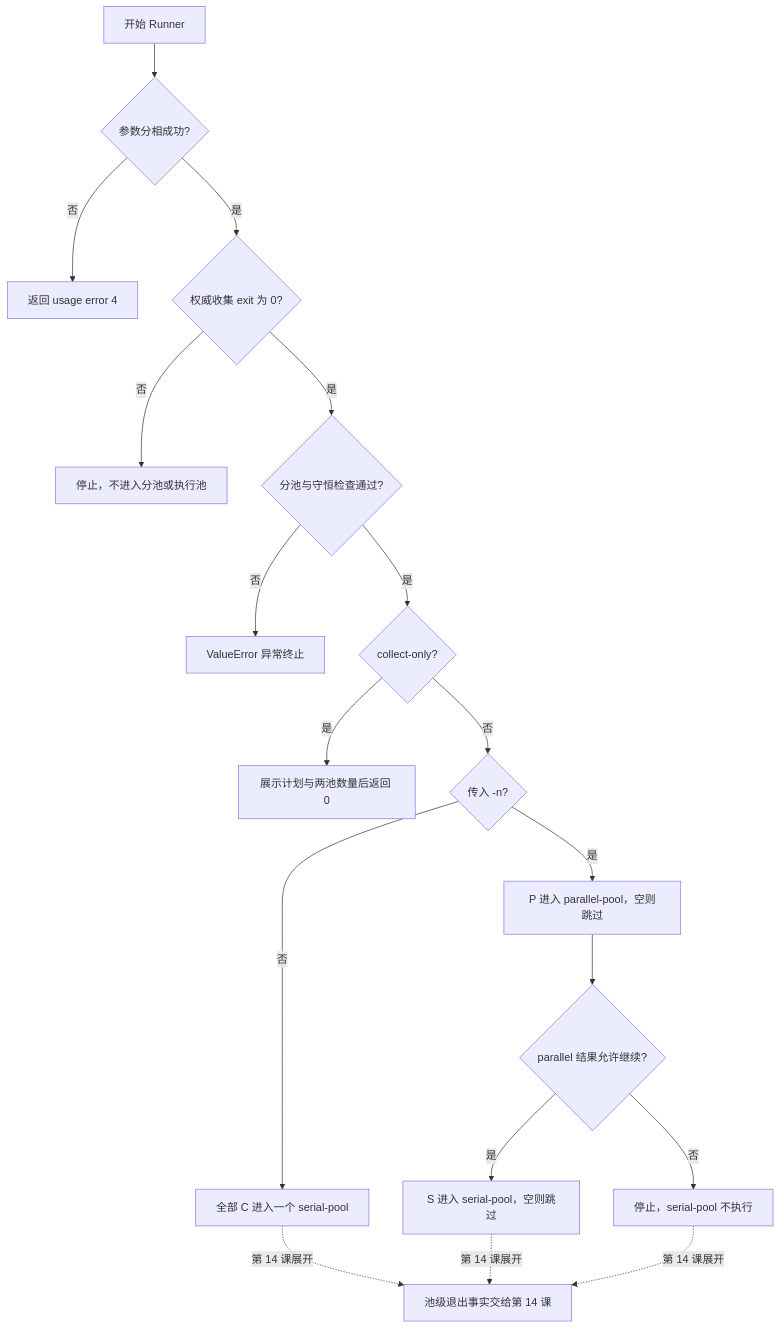
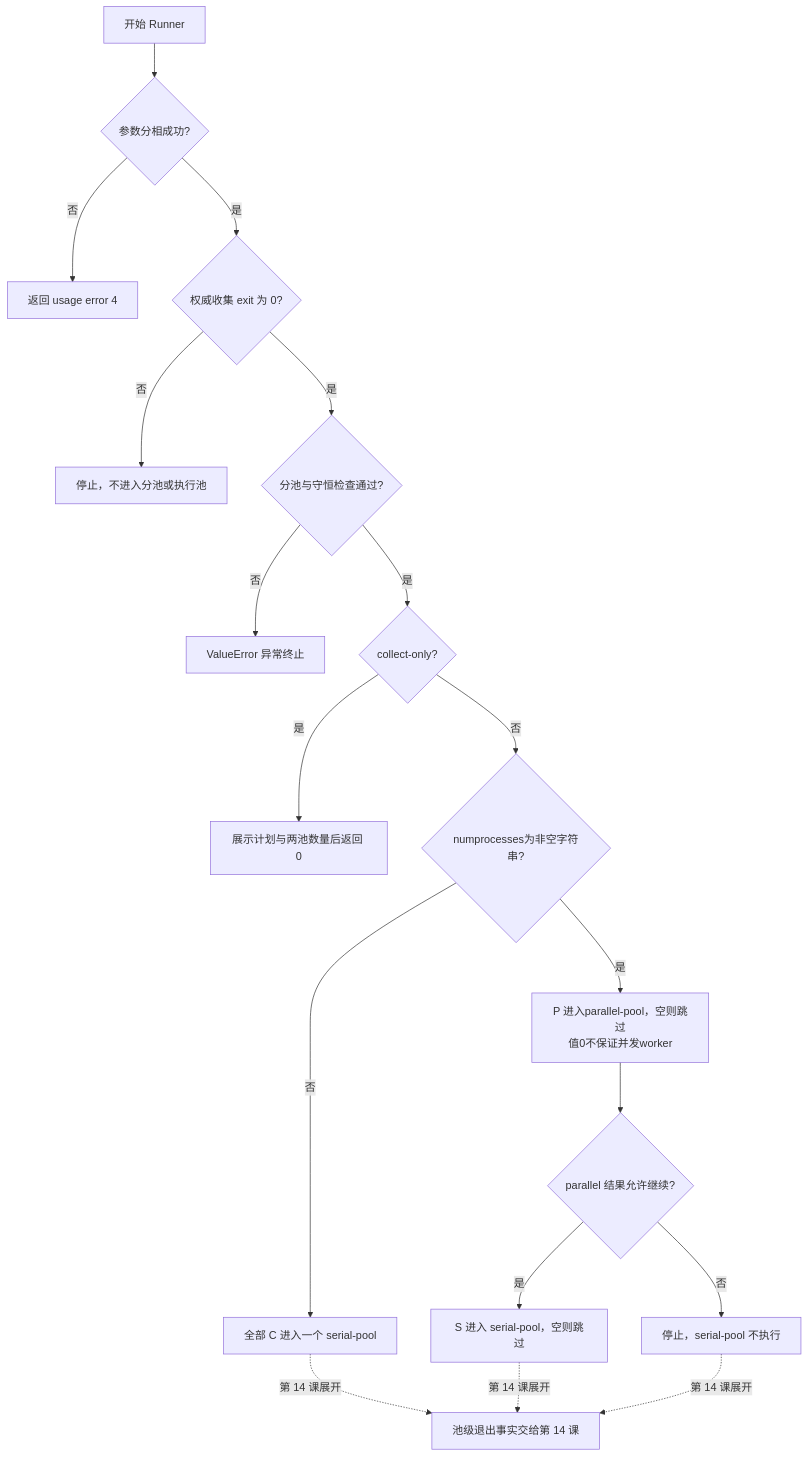
Before and after one commit to wjy801/llm_api_case: the fifth of 5 diagrams in course/第13课-Runner像车站调度系统.md, drawn with Mermaid. The commit also changed other lines of this file and 6 other files, not shown here.

````diff
--- a/course/第13课-Runner像车站调度系统.md
+++ b/course/第13课-Runner像车站调度系统.md
@@ -981,37 +1223,37 @@
 ```mermaid
 flowchart TD
     START["开始 Runner"]
     ARG_OK{"参数分相成功?"}
     ARG_FAIL["返回 usage error 4"]
     COLLECT_OK{"权威收集 exit 为 0?"}
     COLLECT_FAIL["停止，不进入分池或执行池"]
     SPLIT_OK{"分池与守恒检查通过?"}
     SPLIT_FAIL["ValueError 异常终止"]
     ONLY{"collect-only?"}
     SHOW["展示计划与两池数量后返回 0"]
-    HAS_WORKERS{"传入 -n?"}
+    HAS_WORKERS{"numprocesses为非空字符串?"}
     ONE_POOL["全部 C 进入一个 serial-pool"]
-    PARALLEL_POOL["P 进入 parallel-pool，空则跳过"]
+    PARALLEL_POOL["P 进入parallel-pool，空则跳过<br/>值0不保证并发worker"]
     CONTINUE{"parallel 结果允许继续?"}
     SERIAL_POOL["S 进入 serial-pool，空则跳过"]
     STOP_SERIAL["停止，serial-pool 不执行"]
     NEXT["池级退出事实交给第 14 课"]
 
     START --> ARG_OK
     ARG_OK -->|否| ARG_FAIL
     ARG_OK -->|是| COLLECT_OK
     COLLECT_OK -->|否| COLLECT_FAIL
     COLLECT_OK -->|是| SPLIT_OK
     SPLIT_OK -->|否| SPLIT_FAIL
     SPLIT_OK -->|是| ONLY
     ONLY -->|是| SHOW
     ONLY -->|否| HAS_WORKERS
     HAS_WORKERS -->|否| ONE_POOL
     HAS_WORKERS -->|是| PARALLEL_POOL
     PARALLEL_POOL --> CONTINUE
     CONTINUE -->|是| SERIAL_POOL
     CONTINUE -->|否| STOP_SERIAL
     ONE_POOL -. 第 14 课展开 .-> NEXT
     SERIAL_POOL -. 第 14 课展开 .-> NEXT
     STOP_SERIAL -. 第 14 课展开 .-> NEXT
 ```
````
